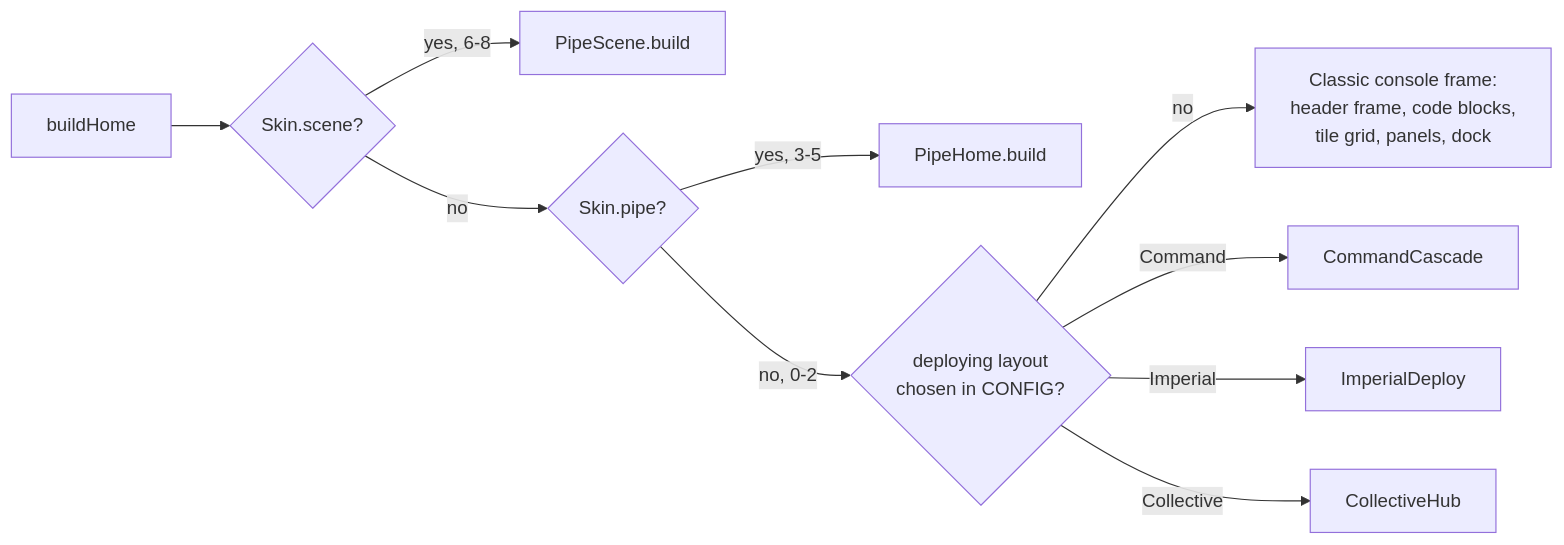
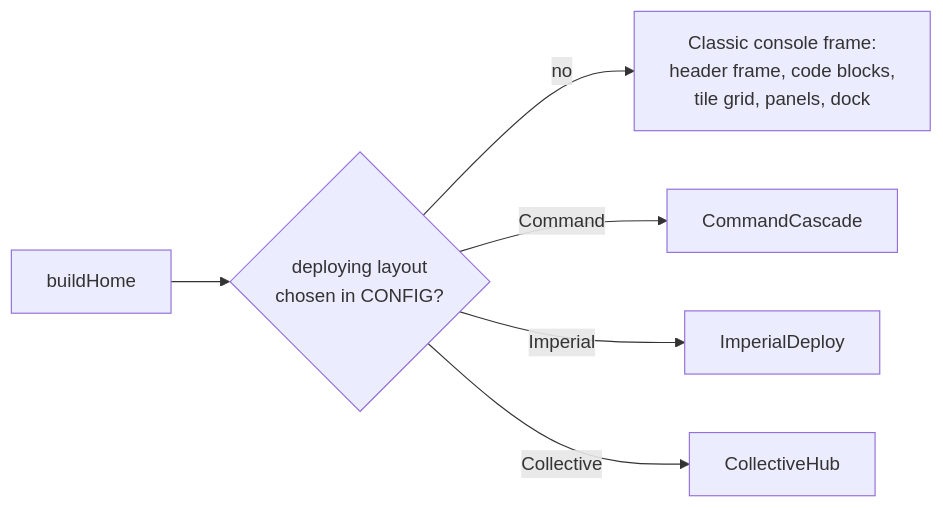
The second of 4 diagrams in docs/ARCHITECTURE.md (GunGreenEyes/GunGreenEyes.TrekUI.Kotlin), drawn with Mermaid before and after one commit. The commit also changed other lines of this file and 32 other files, not shown here.

````diff
--- a/docs/ARCHITECTURE.md
+++ b/docs/ARCHITECTURE.md
@@ -60,12 +57,8 @@
 ```mermaid
 flowchart LR
-    BH[buildHome] --> Q1{Skin.scene?}
-    Q1 -->|yes, 6-8| PS[PipeScene.build]
-    Q1 -->|no| Q2{Skin.pipe?}
-    Q2 -->|yes, 3-5| PH[PipeHome.build]
-    Q2 -->|no, 0-2| Q3{deploying layout<br/>chosen in CONFIG?}
+    BH[buildHome] --> Q3{deploying layout<br/>chosen in CONFIG?}
     Q3 -->|no| CL[Classic console frame:<br/>header frame, code blocks,<br/>tile grid, panels, dock]
     Q3 -->|Command| FC[CommandCascade]
     Q3 -->|Imperial| KD[ImperialDeploy]
     Q3 -->|Collective| BH2[CollectiveHub]
 ```
````
